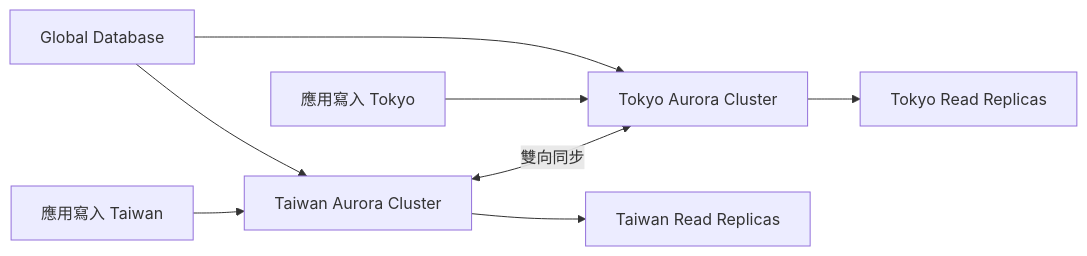
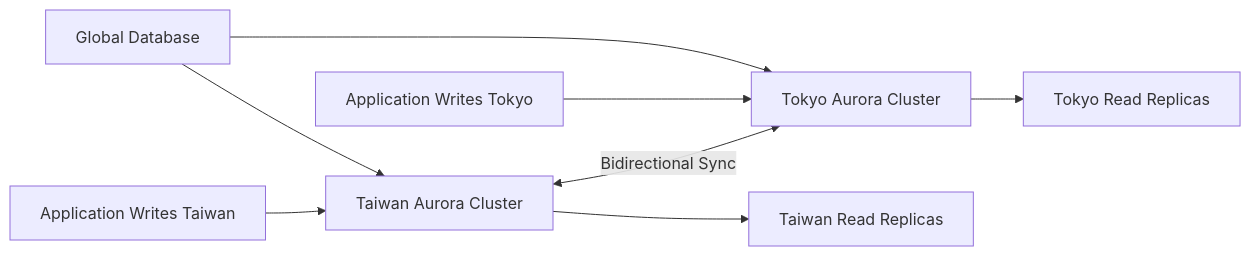
Before and after one commit to humank/genai-demo: the second of 5 diagrams in docs/architecture/disaster-recovery-design.md, drawn with Mermaid. The commit also changed other lines of this file and 453 other files, not shown here.

First line of the commit message:
feat: Complete translation of key architecture and API documentation

````diff
--- a/docs/architecture/disaster-recovery-design.md
+++ b/docs/architecture/disaster-recovery-design.md
@@ -114,12 +114,12 @@
 ```mermaid
 graph LR
-    A[Taiwan Aurora Cluster] <-->|雙向同步| B[Tokyo Aurora Cluster]
+    A[Taiwan Aurora Cluster] <-->|Bidirectional Sync| B[Tokyo Aurora Cluster]
     A --> C[Taiwan Read Replicas]
     B --> D[Tokyo Read Replicas]
     
-    E[應用寫入 Taiwan] --> A
-    F[應用寫入 Tokyo] --> B
+    E[Application Writes Taiwan] --> A
+    F[Application Writes Tokyo] --> B
     
     G[Global Database] --> A
     G --> B
 ```
````
